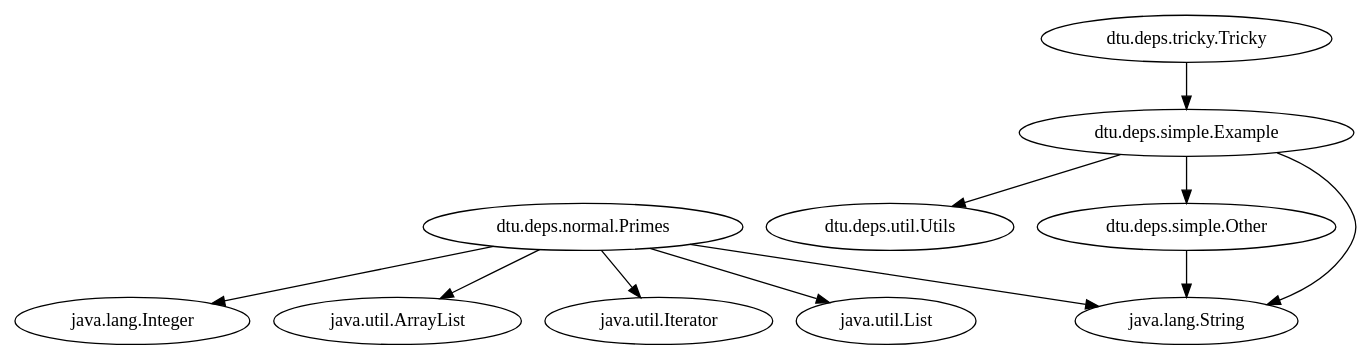
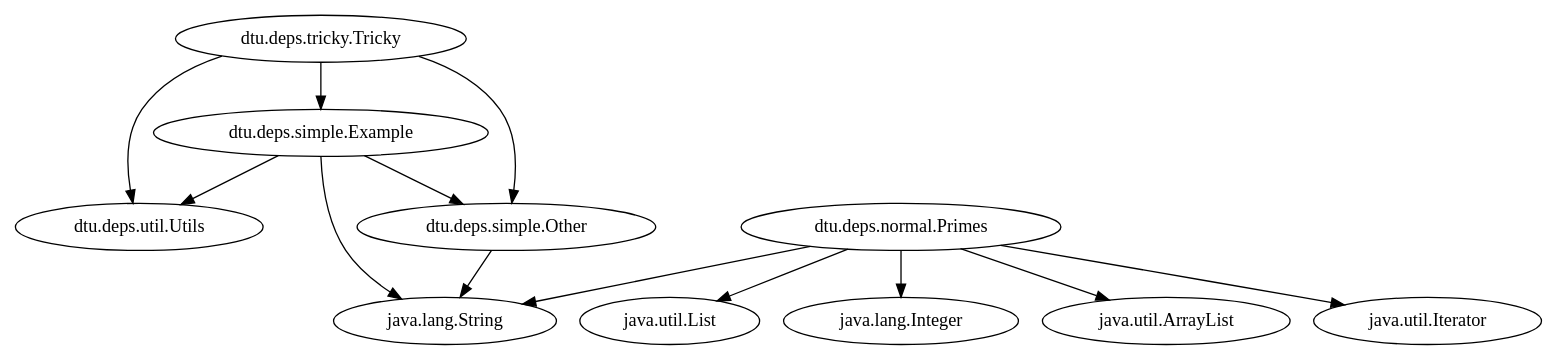
One commit to cakarsubasi/2242-ProgramAnalysis changed the diagram in source-graph.dot. Above: the diagram before and after it, drawn with Graphviz. The commit also changed 1 other file, not shown here.

```diff
--- a/source-graph.dot
+++ b/source-graph.dot
@@ -1,33 +1,19 @@
-// digraph SourceGraph {
-//   "dtu.deps.util.Utils" [label="dtu.deps.util.Utils"];
-//   "dtu.deps.tricky.Tricky" [label="dtu.deps.tricky.Tricky"];
-//   "dtu.deps.simple.Example" [label="dtu.deps.simple.Example"];
-//   "dtu.deps.simple.Other" [label="dtu.deps.simple.Other"];
-//   "dtu.deps.normal.Primes" [label="dtu.deps.normal.Primes"];
-//   "dtu.deps.tricky.Tricky" -> "dtu.deps.simple.Example";
-//   "dtu.deps.simple.Example" -> "dtu.deps.util.Utils";
-//   "dtu.deps.simple.Example" -> "dtu.deps.simple.Other";
-//   "dtu.deps.normal.Primes" -> "java.util.List";
-//   "dtu.deps.normal.Primes" -> "java.util.ArrayList";
-//   "dtu.deps.normal.Primes" -> "java.util.Iterator";
-//   "dtu.deps.normal.Primes" -> "java.lang.Integer";
-// }
-
-
 digraph SourceGraph {
   "dtu.deps.util.Utils" [label="dtu.deps.util.Utils"];
   "dtu.deps.tricky.Tricky" [label="dtu.deps.tricky.Tricky"];
   "dtu.deps.simple.Example" [label="dtu.deps.simple.Example"];
   "dtu.deps.simple.Other" [label="dtu.deps.simple.Other"];
   "dtu.deps.normal.Primes" [label="dtu.deps.normal.Primes"];
+  "dtu.deps.tricky.Tricky" -> "dtu.deps.util.Utils";
+  "dtu.deps.tricky.Tricky" -> "dtu.deps.simple.Other";
   "dtu.deps.tricky.Tricky" -> "dtu.deps.simple.Example";
   "dtu.deps.simple.Example" -> "dtu.deps.util.Utils";
   "dtu.deps.simple.Example" -> "dtu.deps.simple.Other";
   "dtu.deps.simple.Example" -> "java.lang.String";
   "dtu.deps.simple.Other" -> "java.lang.String";
+  "dtu.deps.normal.Primes" -> "java.lang.String";
+  "dtu.deps.normal.Primes" -> "java.util.List";
   "dtu.deps.normal.Primes" -> "java.lang.Integer";
   "dtu.deps.normal.Primes" -> "java.util.ArrayList";
   "dtu.deps.normal.Primes" -> "java.util.Iterator";
-  "dtu.deps.normal.Primes" -> "java.lang.String";
-  "dtu.deps.normal.Primes" -> "java.util.List";
 }
```
